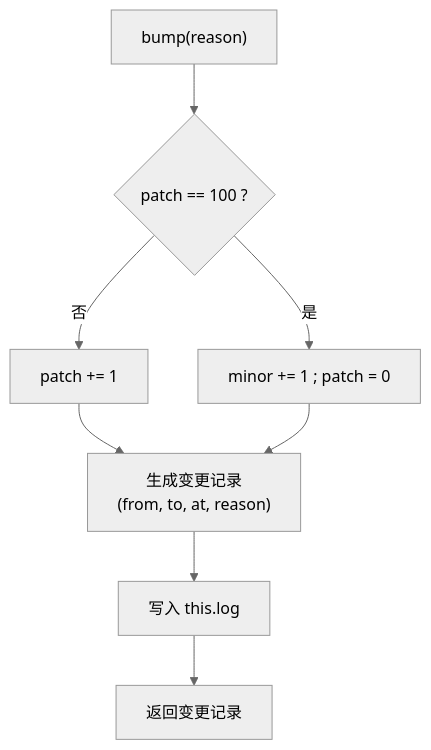
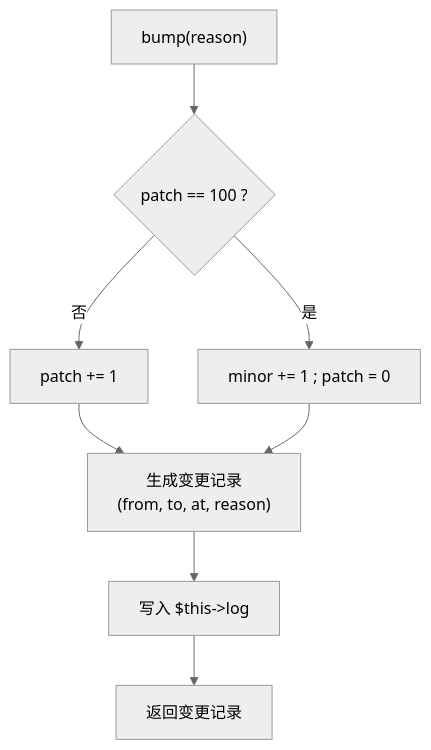
Before and after one commit to ssmhdssmhd/qcb: the second of 2 diagrams in moxigti/docs/02-core-framework.md, drawn with Mermaid (neutral theme). The commit also changed other lines of this file and 14 other files, not shown here.

````diff
--- a/moxigti/docs/02-core-framework.md
+++ b/moxigti/docs/02-core-framework.md
@@ -40,10 +40,10 @@
 ```mermaid
 flowchart TD
     A["bump(reason)"] --> B{"patch == 100 ?"}
     B -- 否 --> C["patch += 1"]
     B -- 是 --> D["minor += 1 ; patch = 0"]
-    C --> E["生成变更记录</br>(from, to, at, reason)"]
+    C --> E["生成变更记录<br>(from, to, at, reason)"]
     D --> E
-    E --> F["写入 this.log"]
+    E --> F["写入 $this->log"]
     F --> G["返回变更记录"]
 ```
````
